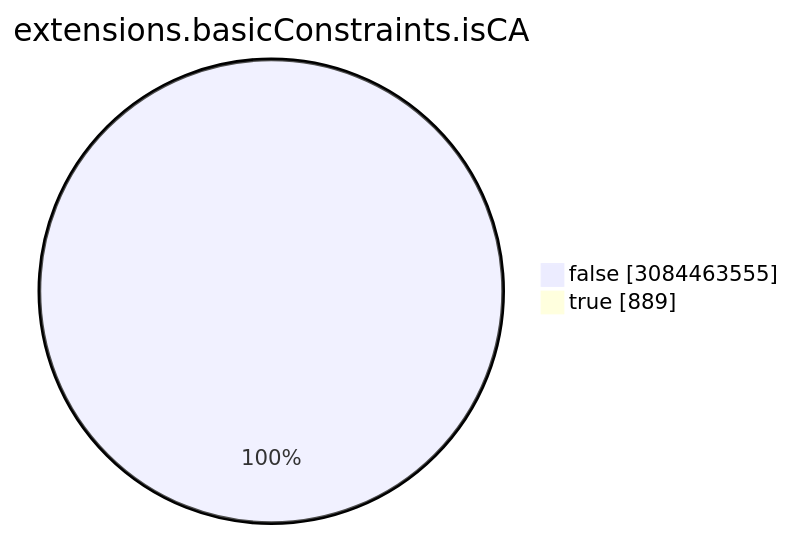
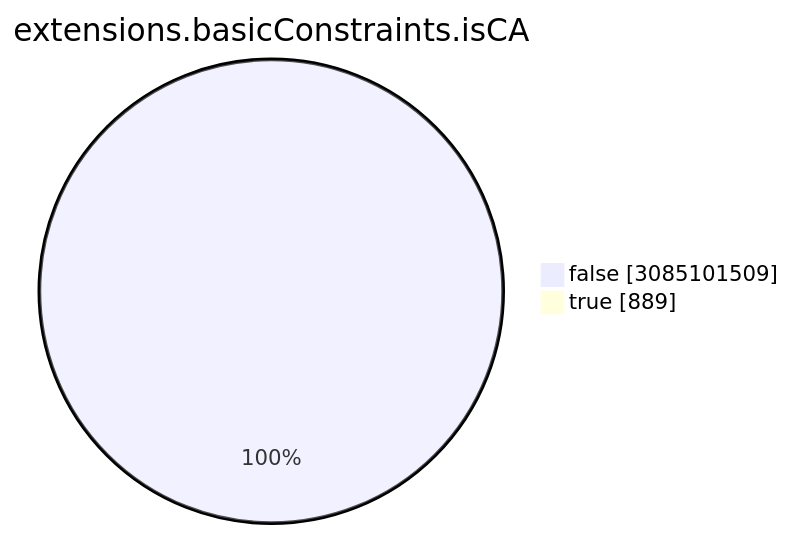
Before and after one commit to christiankrug/ctmonitor_visualization: the seventh of 15 diagrams in TOTAL/README.md, drawn with Mermaid. The commit also changed other lines of this file, not shown here.

````diff
--- a/TOTAL/README.md
+++ b/TOTAL/README.md
@@ -3088,6 +3088,6 @@
 ```mermaid
 pie showData
 title extensions.basicConstraints.isCA
-"false" :3084463555
+"false" :3085101509
 "true" :889
 ```
````
